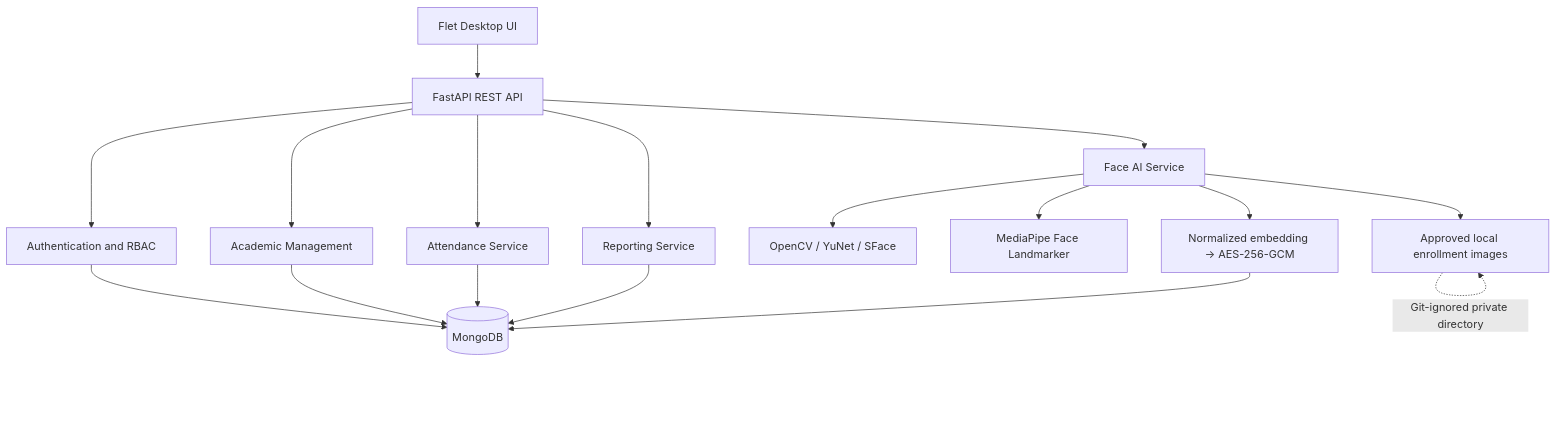
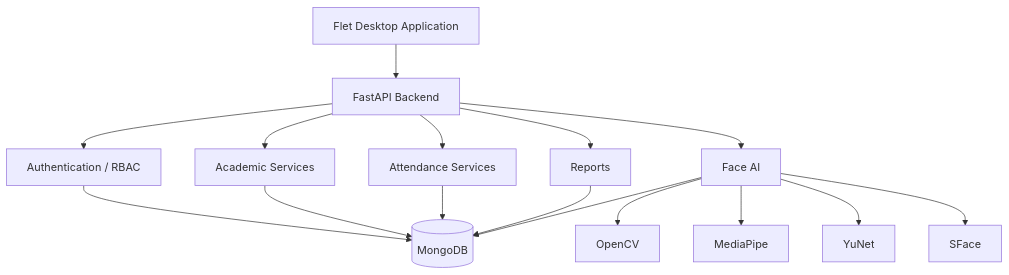
One commit to Faizzsyed/ai-based-real-time-face-recognition-attendance-system changed the third of 3 diagrams in README.md. Above: the diagram before and after it, drawn with Mermaid. The commit also changed other lines of this file and 3 other files, not shown here.

````diff
--- a/README.md
+++ b/README.md
@@ -87,19 +125,18 @@
 ```mermaid
 flowchart TD
-    UI[Flet Desktop UI] --> API[FastAPI REST API]
-    API --> AUTH[Authentication and RBAC]
-    API --> ACADEMIC[Academic Management]
-    API --> ATTENDANCE[Attendance Service]
-    API --> REPORTS[Reporting Service]
-    API --> FACE[Face AI Service]
-    FACE --> CV[OpenCV / YuNet / SFace]
-    FACE --> MP[MediaPipe Face Landmarker]
+    UI[Flet Desktop Application] --> API[FastAPI Backend]
+    API --> AUTH[Authentication / RBAC]
+    API --> ACADEMIC[Academic Services]
+    API --> ATTENDANCE[Attendance Services]
+    API --> REPORTS[Reports]
+    API --> FACE[Face AI]
+    FACE --> CV[OpenCV]
+    FACE --> MP[MediaPipe]
+    FACE --> YN[YuNet]
+    FACE --> SF[SFace]
     AUTH --> DB[(MongoDB)]
     ACADEMIC --> DB
     ATTENDANCE --> DB
     REPORTS --> DB
-    FACE --> ENC[Normalized embedding → AES-256-GCM]
-    ENC --> DB
-    FACE --> PRIVATE[Approved local enrollment images]
-    PRIVATE -. Git-ignored private directory .-> PRIVATE
+    FACE --> DB
 ```
````
